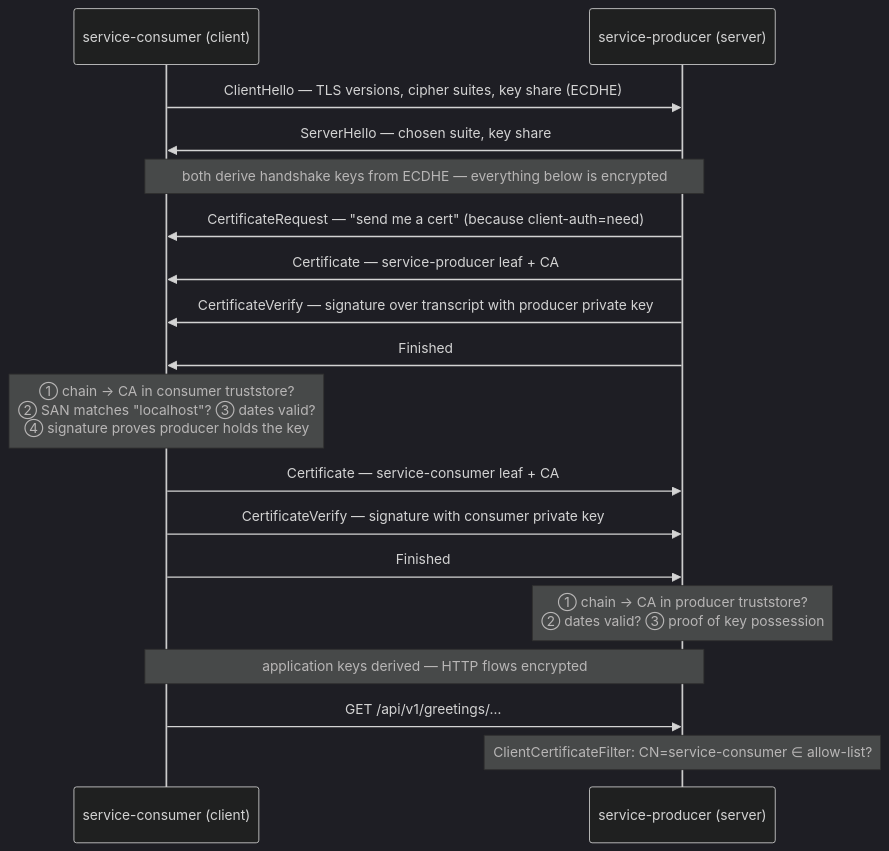
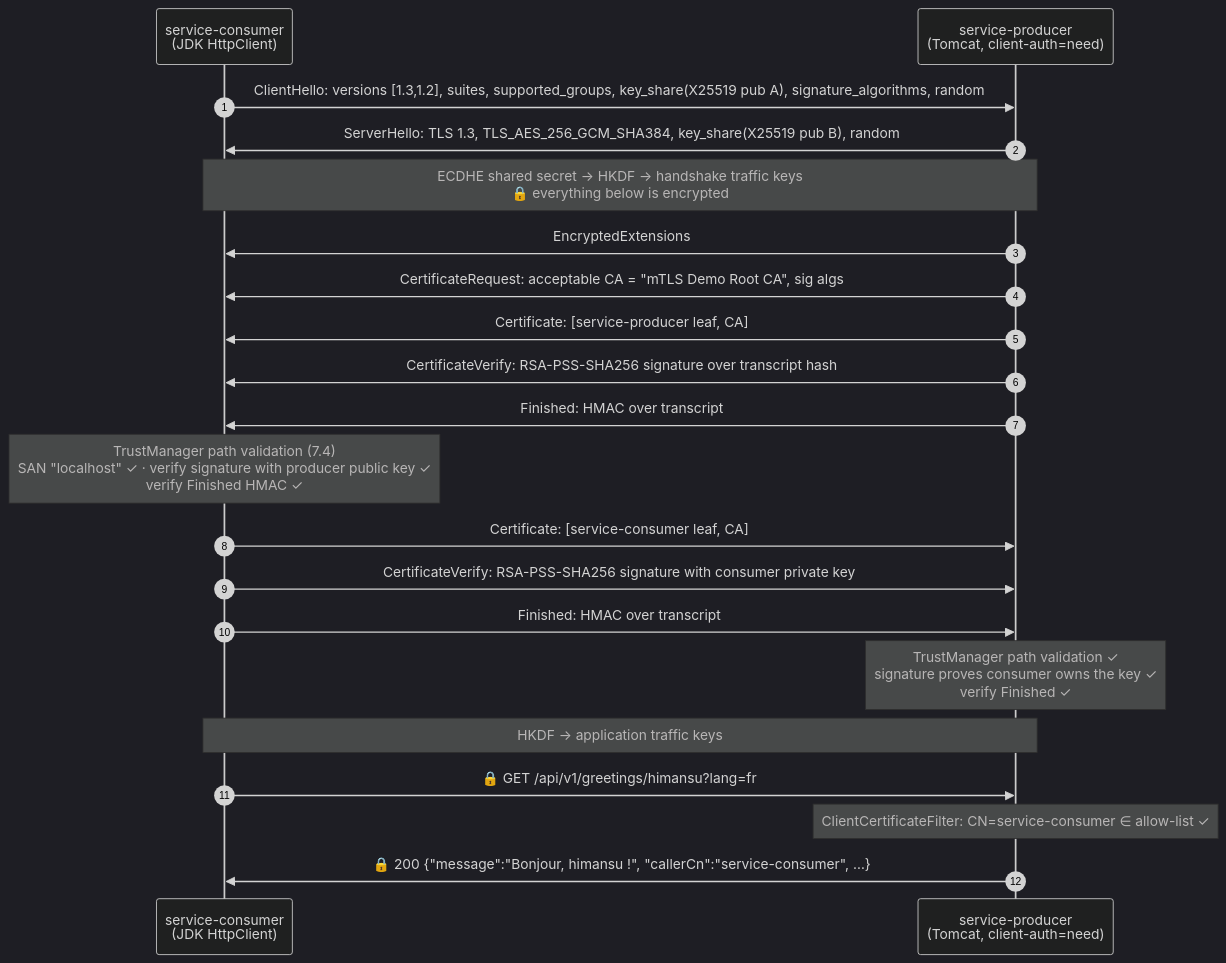
Diagram 17 of 23 in README.md (himnay/learning-mtls), drawn with Mermaid (dark theme) before and after one commit. The commit also changed other lines of this file and 2 other files, not shown here.

First line of the commit message:
docs: detailed TLS, PKI and encryption concepts with diagrams

````diff
--- a/README.md
+++ b/README.md
@@ -161,21 +685,24 @@
 ```mermaid
 sequenceDiagram
-    participant C as service-consumer (client)
-    participant P as service-producer (server)
+    autonumber
+    participant C as service-consumer<br/>(JDK HttpClient)
+    participant P as service-producer<br/>(Tomcat, client-auth=need)
 
-    C->>P: ClientHello — TLS versions, cipher suites, key share (ECDHE)
-    P->>C: ServerHello — chosen suite, key share
-    Note over C,P: both derive handshake keys from ECDHE — everything below is encrypted
-    P->>C: CertificateRequest — "send me a cert" (because client-auth=need)
-    P->>C: Certificate — service-producer leaf + CA
-    P->>C: CertificateVerify — signature over transcript with producer private key
-    P->>C: Finished
-    Note over C: ① chain → CA in consumer truststore?<br/>② SAN matches "localhost"? ③ dates valid?<br/>④ signature proves producer holds the key
-    C->>P: Certificate — service-consumer leaf + CA
-    C->>P: CertificateVerify — signature with consumer private key
-    C->>P: Finished
-    Note over P: ① chain → CA in producer truststore?<br/>② dates valid? ③ proof of key possession
-    Note over C,P: application keys derived — HTTP flows encrypted
-    C->>P: GET /api/v1/greetings/…
-    Note over P: ClientCertificateFilter: CN=service-consumer ∈ allow-list?
+    C->>P: ClientHello: versions [1.3,1.2], suites, supported_groups, key_share(X25519 pub A), signature_algorithms, random
+    P->>C: ServerHello: TLS 1.3, TLS_AES_256_GCM_SHA384, key_share(X25519 pub B), random
+    Note over C,P: ECDHE shared secret → HKDF → handshake traffic keys<br/>🔒 everything below is encrypted
+    P->>C: EncryptedExtensions
+    P->>C: CertificateRequest: acceptable CA = "mTLS Demo Root CA", sig algs
+    P->>C: Certificate: [service-producer leaf, CA]
+    P->>C: CertificateVerify: RSA-PSS-SHA256 signature over transcript hash
+    P->>C: Finished: HMAC over transcript
+    Note over C: TrustManager path validation (7.4)<br/>SAN "localhost" ✓ · verify signature with producer public key ✓<br/>verify Finished HMAC ✓
+    C->>P: Certificate: [service-consumer leaf, CA]
+    C->>P: CertificateVerify: RSA-PSS-SHA256 signature with consumer private key
+    C->>P: Finished: HMAC over transcript
+    Note over P: TrustManager path validation ✓<br/>signature proves consumer owns the key ✓<br/>verify Finished ✓
+    Note over C,P: HKDF → application traffic keys
+    C->>P: 🔒 GET /api/v1/greetings/himansu?lang=fr
+    Note over P: ClientCertificateFilter: CN=service-consumer ∈ allow-list ✓
+    P->>C: 🔒 200 {"message":"Bonjour, himansu !", "callerCn":"service-consumer", …}
 ```
````
